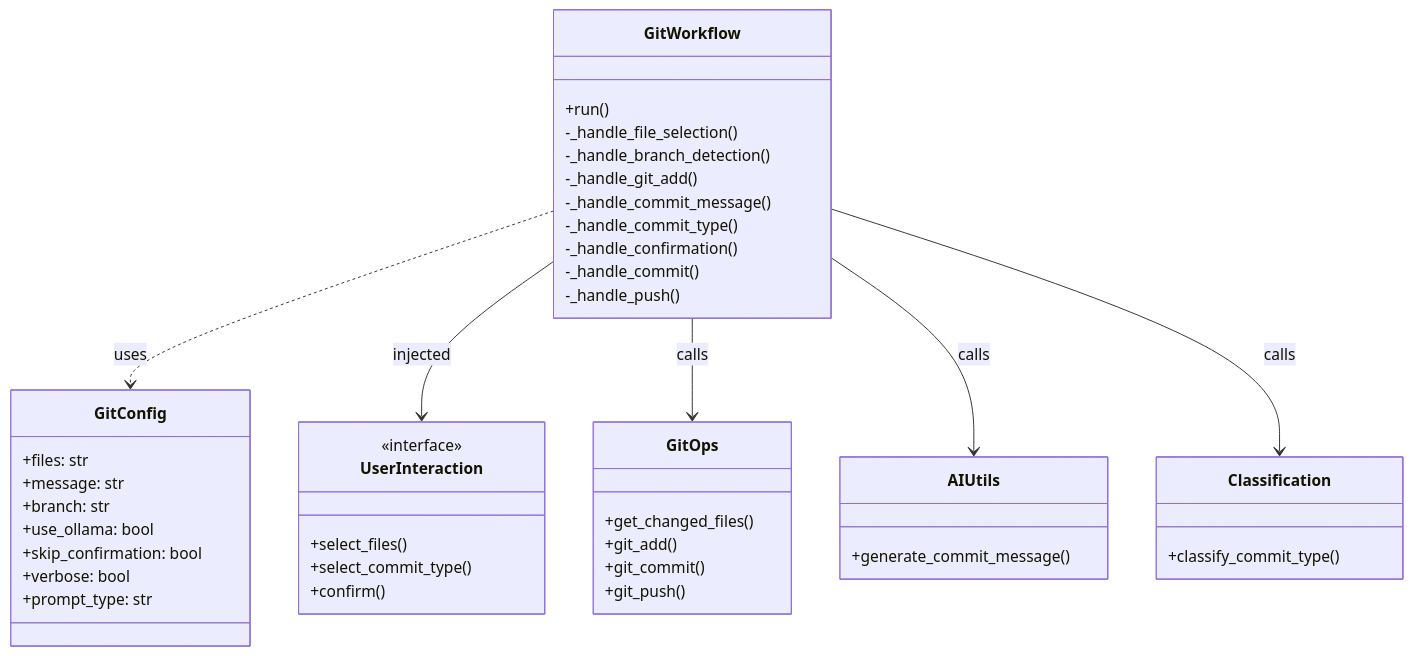
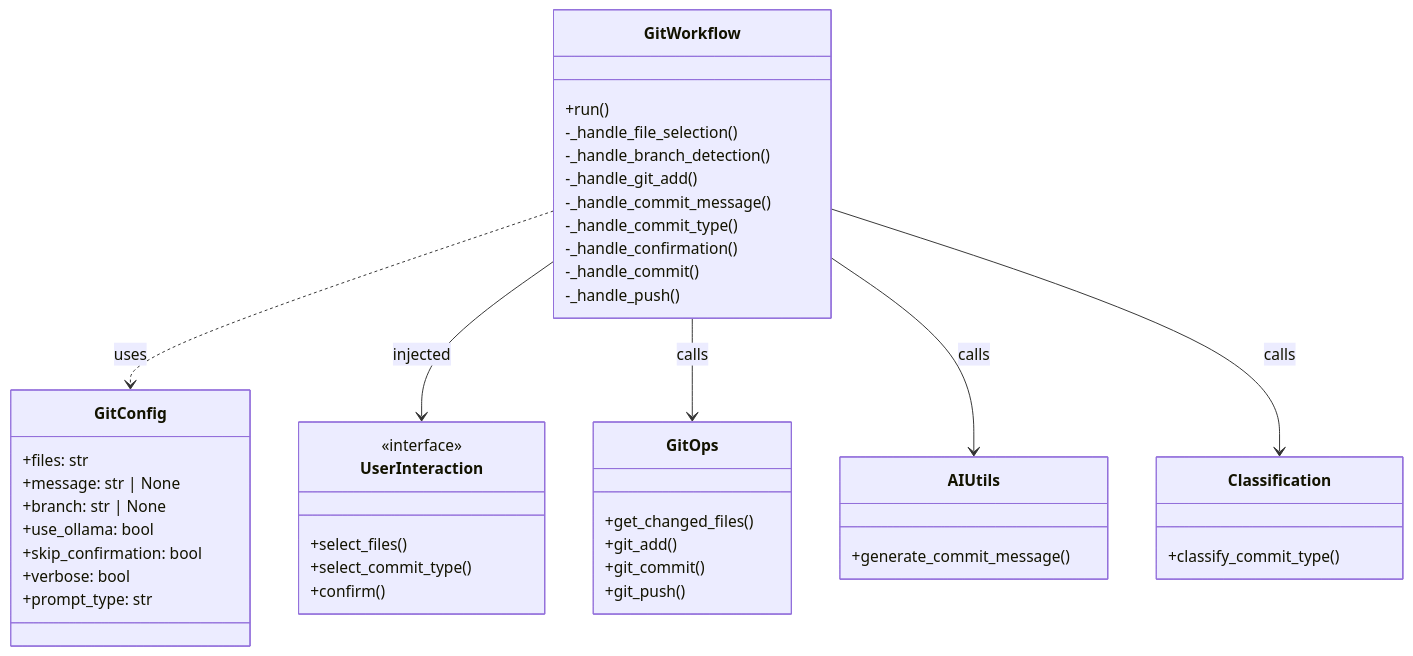
One commit to beecave-homelab/git-acp changed the third of 8 diagrams in project-overview.md. Above: the diagram before and after it, drawn with Mermaid. The commit also changed other lines of this file, not shown here.

Commit message:
docs 📝: Update GitConfig type annotations in project-overview.md to match implementation

````diff
--- a/project-overview.md
+++ b/project-overview.md
@@ -247,58 +247,58 @@
 ```mermaid
 classDiagram
     direction TB
     %% Styling
     classDef core fill:#e1f5fe,stroke:#01579b,stroke-width:2px;
     classDef inject fill:#f3e5f5,stroke:#4a148c,stroke-width:2px;
     classDef part fill:#fff3e0,stroke:#e65100,stroke-width:2px;
 
     class GitWorkflow:::core {
         +run()
         -_handle_file_selection()
         -_handle_branch_detection()
         -_handle_git_add()
         -_handle_commit_message()
         -_handle_commit_type()
         -_handle_confirmation()
         -_handle_commit()
         -_handle_push()
     }
 
     class GitConfig:::inject {
         +files: str
-        +message: str
-        +branch: str
+        +message: str | None
+        +branch: str | None
         +use_ollama: bool
         +skip_confirmation: bool
         +verbose: bool
         +prompt_type: str
     }
 
     class UserInteraction:::inject {
         <<interface>>
         +select_files()
         +select_commit_type()
         +confirm()
     }
 
     class GitOps:::part {
         +get_changed_files()
         +git_add()
         +git_commit()
         +git_push()
     }
 
     class AIUtils:::part {
         +generate_commit_message()
     }
 
     class Classification:::part {
         +classify_commit_type()
     }
 
     GitWorkflow ..> GitConfig : uses
     GitWorkflow --> UserInteraction : injected
     GitWorkflow --> GitOps : calls
     GitWorkflow --> AIUtils : calls
     GitWorkflow --> Classification : calls
 ```
````
